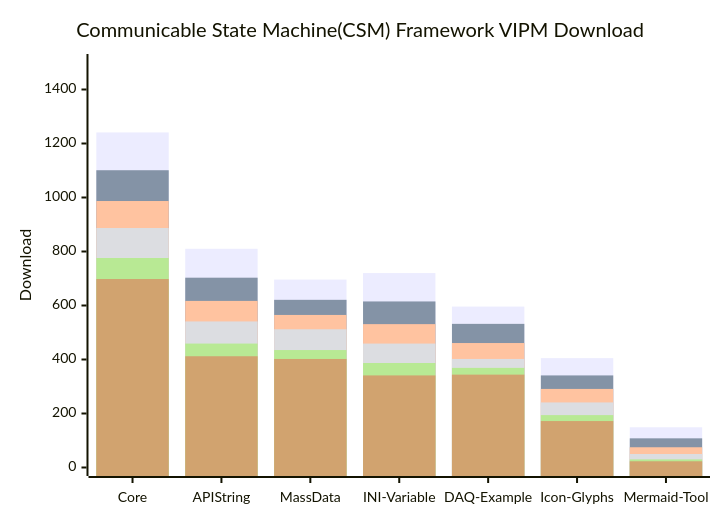
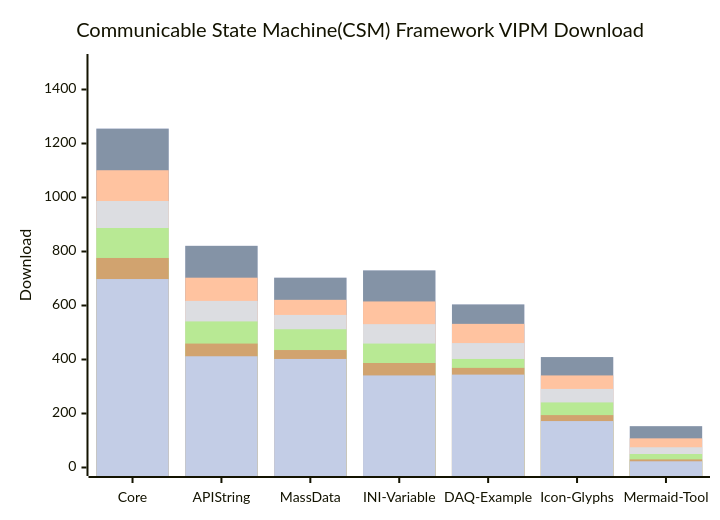
The diagram in profile/README.md (NEVSTOP-LAB/.github), drawn with Mermaid before and after one commit.

````diff
--- a/profile/README.md
+++ b/profile/README.md
@@ -31,12 +31,13 @@
 ```mermaid
     xychart-beta
     title "Communicable State Machine(CSM) Framework VIPM Download"
     x-axis [Core, API String, MassData, INI-Variable, DAQ-Example, Icon-Glyphs, Mermaid-Tool]
     y-axis "Download" 0 --> 1500
-    bar   [1241, 810, 696, 720, 596, 405, 149]
+    bar   [1256, 821, 703, 730, 604, 409, 153]
+    bar   [1255, 821, 703, 730, 604, 409, 153]
     bar   [1101, 703, 621, 615, 532, 341, 108]
     bar   [987, 617, 565, 531, 461, 291, 75]
     bar   [887, 541, 512, 459, 402, 241, 50]
     bar   [776, 459, 435, 387, 369, 194, 30]
     bar   [698, 412, 402, 341, 344, 172, 23]
 ```
````
